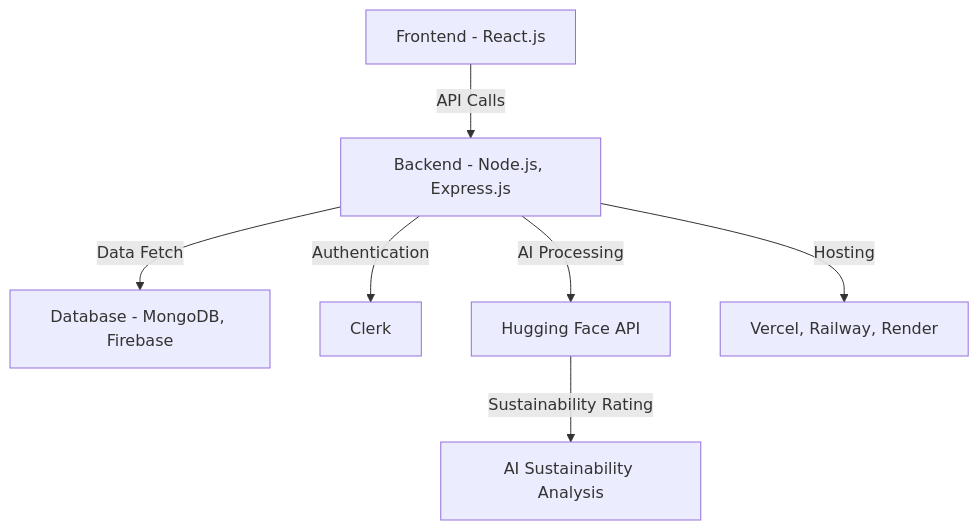
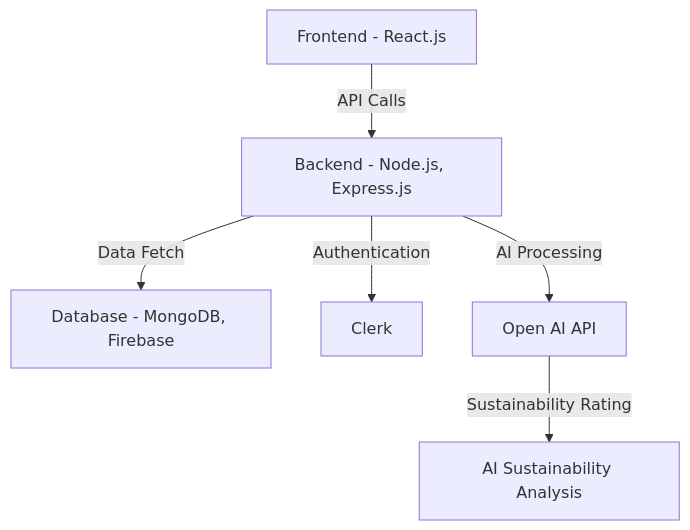
Before and after one commit to S4rthakGupta/HowGoodApp: the first of 2 diagrams in README.md, drawn with Mermaid.

````diff
--- a/README.md
+++ b/README.md
@@ -7,9 +7,8 @@
 ```mermaid
 graph TD;
     A[Frontend - React.js] -->|API Calls| B[Backend - Node.js, Express.js];
     B -->|Data Fetch| C[Database - MongoDB, Firebase];
     B -->|Authentication| D[Clerk];
-    B -->|AI Processing| E[Hugging Face API];
+    B -->|AI Processing| E[Open AI API];
     E -->|Sustainability Rating| F[AI Sustainability Analysis];
-    B -->|Hosting| G[Vercel, Railway, Render];
 ```
````
